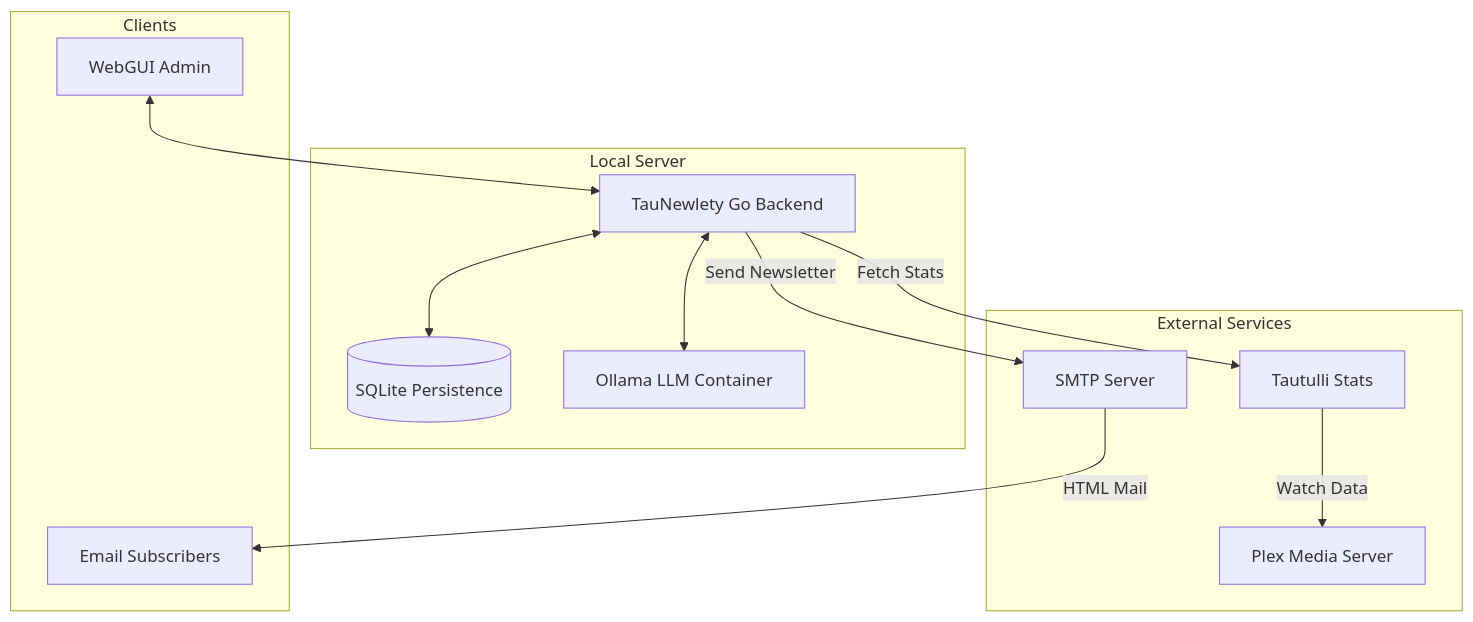
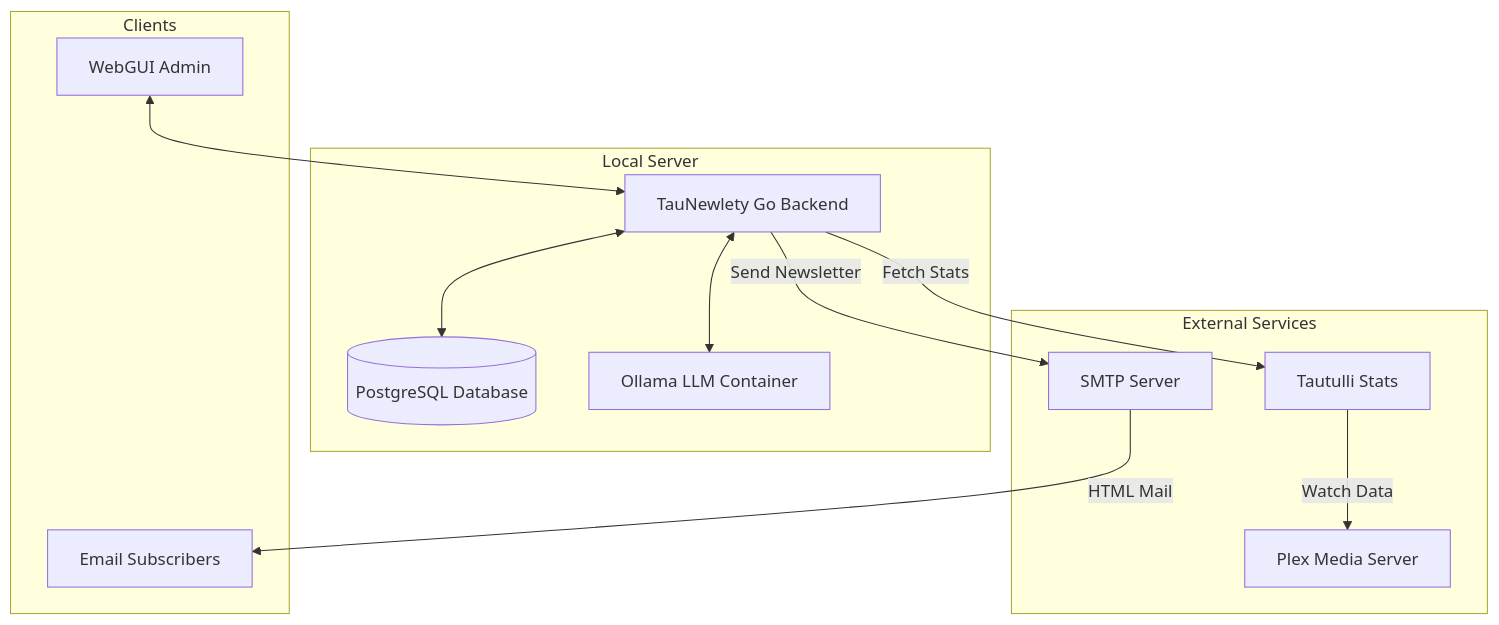
Before and after one commit to arumes31/taunewlety: the diagram in README.md, drawn with Mermaid. The commit also changed other lines of this file and 14 other files, not shown here.

Commit message:
feat: migrate from embedded SQLite to external PostgreSQL in Docker; update tests and documentation

````diff
--- a/README.md
+++ b/README.md
@@ -17,27 +17,27 @@
 ```mermaid
 graph TD
     subgraph Local Server
         App[TauNewlety Go Backend]
-        DB[(SQLite Persistence)]
+        DB[(PostgreSQL Database)]
         Ollama[Ollama LLM Container]
     end
     
     subgraph External Services
         Plex[Plex Media Server]
         Tautulli[Tautulli Stats]
         SMTP[SMTP Server]
     end
 
     subgraph Clients
         Admin[WebGUI Admin]
         Users[Email Subscribers]
     end
 
     Admin <--> App
     App <--> DB
     App <--> Ollama
     App -- Fetch Stats --> Tautulli
     Tautulli -- Watch Data --> Plex
     App -- Send Newsletter --> SMTP
     SMTP -- HTML Mail --> Users
 ```
````
